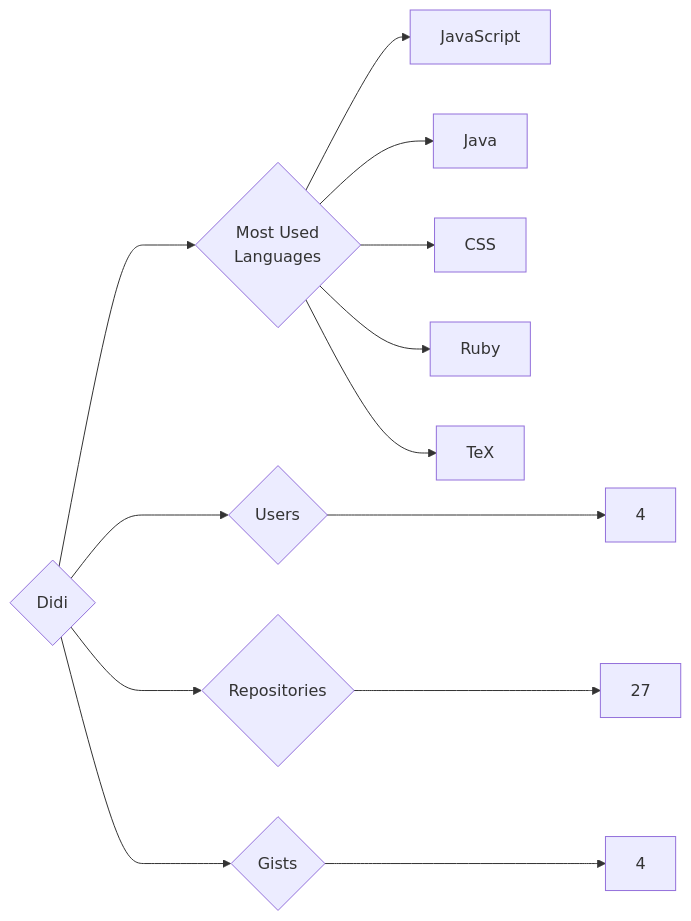
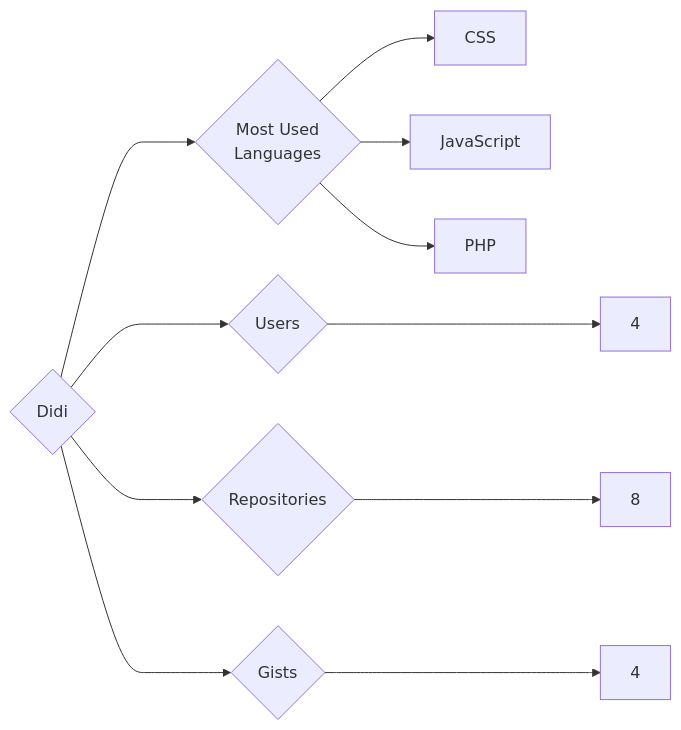
The diagram in targets/Didi/README.md (trickest/insiders), drawn with Mermaid before and after one commit. The commit also changed 1123 other files, not shown here.

````diff
--- a/targets/Didi/README.md
+++ b/targets/Didi/README.md
@@ -3,13 +3,11 @@
 ```mermaid
 graph LR
 COMPANY_NAME{Didi}
 COMPANY_NAME ---> U{Users} ---> UN[4]
-COMPANY_NAME ---> R{Repositories} ---> RN[27]
+COMPANY_NAME ---> R{Repositories} ---> RN[8]
 COMPANY_NAME ---> G{Gists} ---> GN[4]
 COMPANY_NAME ---> ML{Most Used<br>Languages}
+ML --> CSS[CSS]
 ML --> JavaScript[JavaScript]
-ML --> Java[Java]
-ML --> CSS[CSS]
-ML --> Ruby[Ruby]
-ML --> TeX[TeX]
+ML --> PHP[PHP]
 ```
````
